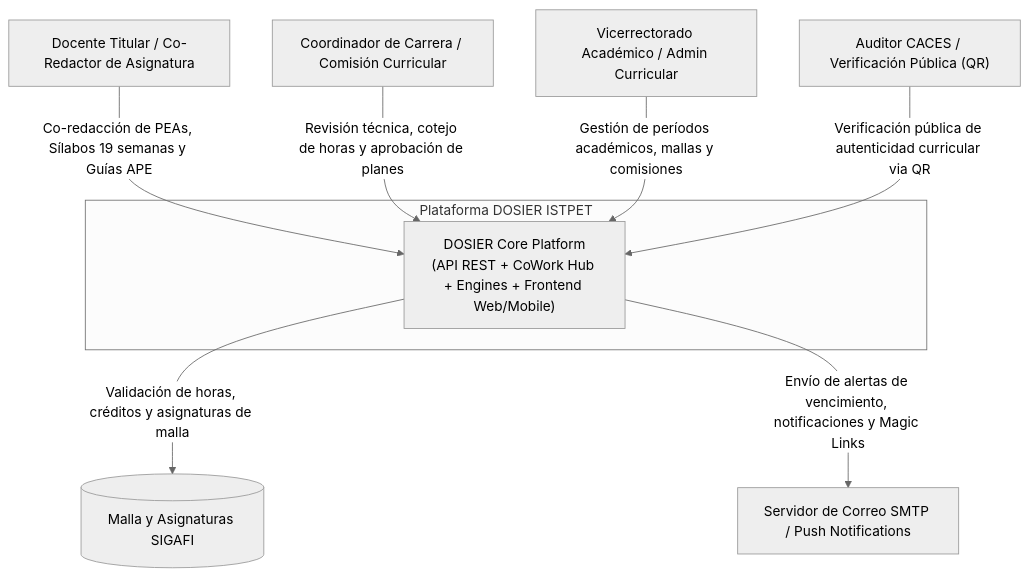
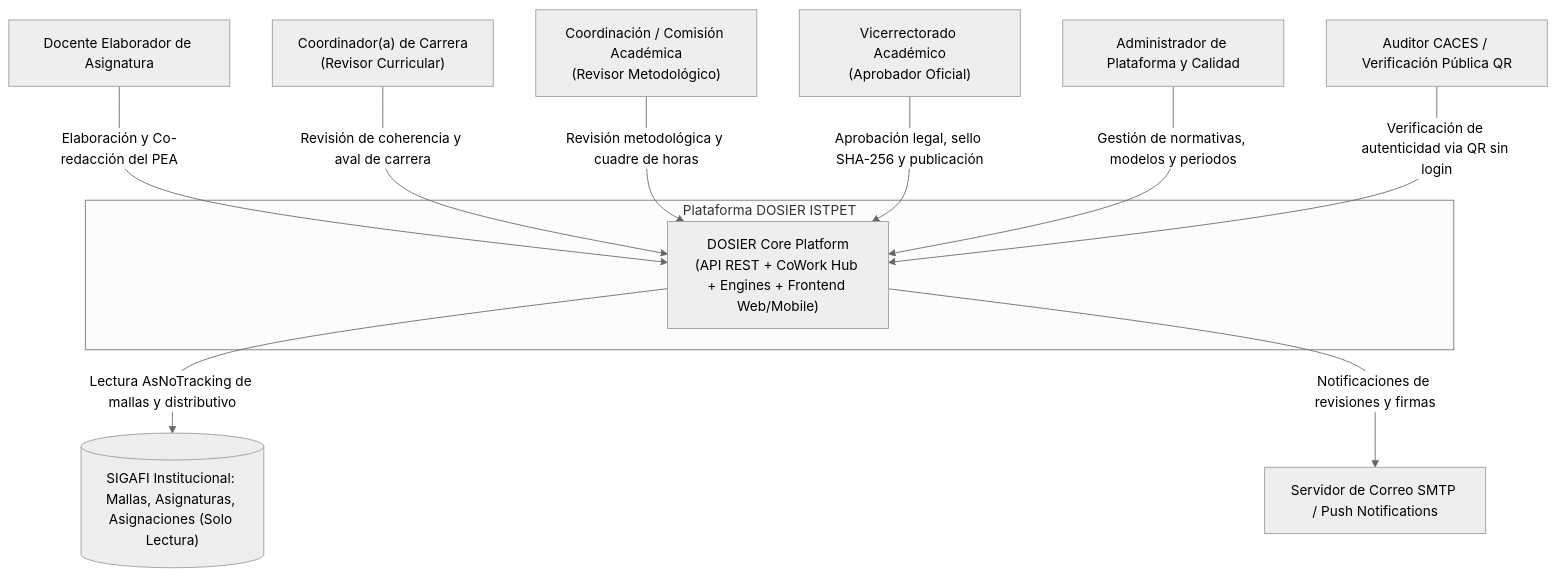
Before and after one commit to JorgeDoicela/dosier: the second of 3 diagrams in docs/documentacion/01-arquitectura/01-macro-arquitectura-clean-arch.md, drawn with Mermaid (neutral theme). The commit also changed other lines of this file and 34 other files, not shown here.

````diff
--- a/docs/documentacion/01-arquitectura/01-macro-arquitectura-clean-arch.md
+++ b/docs/documentacion/01-arquitectura/01-macro-arquitectura-clean-arch.md
@@ -62,22 +62,26 @@
 ```mermaid
 graph TD
-    Docente["Docente Titular / Co-Redactor de Asignatura"]
-    Comision["Coordinador de Carrera / Comisión Curricular"]
-    Admin["Vicerrectorado Académico / Admin Curricular"]
-    AuditorCACES["Auditor CACES / Verificación Pública (QR)"]
+    Docente["Docente Elaborador de Asignatura"]
+    CoordCarrera["Coordinador(a) de Carrera\n(Revisor Curricular)"]
+    CoordAcad["Coordinación / Comisión Académica\n(Revisor Metodológico)"]
+    Vicerrector["Vicerrectorado Académico\n(Aprobador Oficial)"]
+    Admin["Administrador de Plataforma y Calidad"]
+    Publico["Auditor CACES / Verificación Pública QR"]
 
     subgraph DOSIERSystem ["Plataforma DOSIER ISTPET"]
         CoreSystem["DOSIER Core Platform\n(API REST + CoWork Hub + Engines + Frontend Web/Mobile)"]
     end
 
-    SIGAFI[("Malla y Asignaturas SIGAFI")]
+    SIGAFI[("SIGAFI Institucional: Mallas, Asignaturas, Asignaciones (Solo Lectura)")]
     SMTPService["Servidor de Correo SMTP / Push Notifications"]
 
-    Docente -->|Co-redacción de PEAs, Sílabos 19 semanas y Guías APE| CoreSystem
-    Comision -->|Revisión técnica, cotejo de horas y aprobación de planes| CoreSystem
-    Admin -->|Gestión de períodos académicos, mallas y comisiones| CoreSystem
-    AuditorCACES -->|Verificación pública de autenticidad curricular via QR| CoreSystem
+    Docente -->|Elaboración y Co-redacción del PEA| CoreSystem
+    CoordCarrera -->|Revisión de coherencia y aval de carrera| CoreSystem
+    CoordAcad -->|Revisión metodológica y cuadre de horas| CoreSystem
+    Vicerrector -->|Aprobación legal, sello SHA-256 y publicación| CoreSystem
+    Admin -->|Gestión de normativas, modelos y periodos| CoreSystem
+    Publico -->|Verificación de autenticidad via QR sin login| CoreSystem
 
-    CoreSystem -->|Validación de horas, créditos y asignaturas de malla| SIGAFI
-    CoreSystem -->|Envío de alertas de vencimiento, notificaciones y Magic Links| SMTPService
+    CoreSystem -->|Lectura AsNoTracking de mallas y distributivo| SIGAFI
+    CoreSystem -->|Notificaciones de revisiones y firmas| SMTPService
 ```
````
